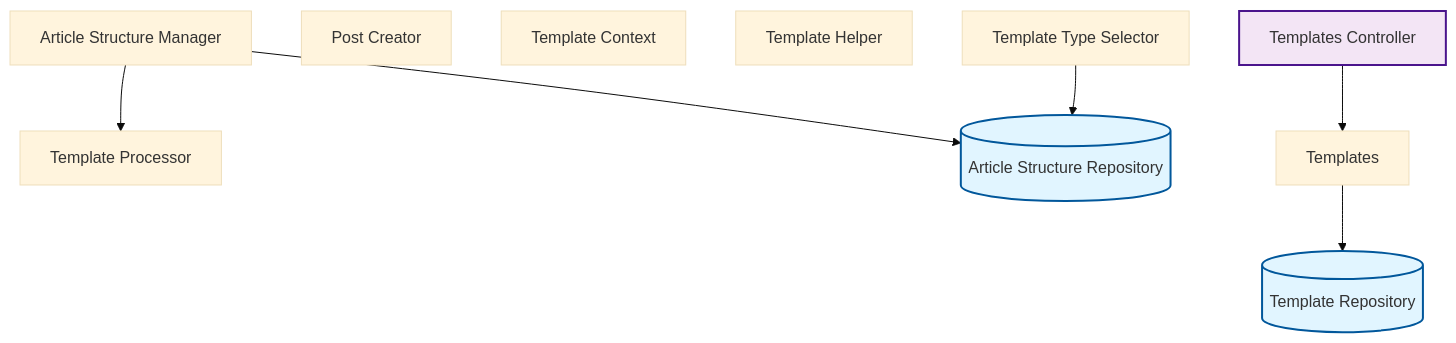
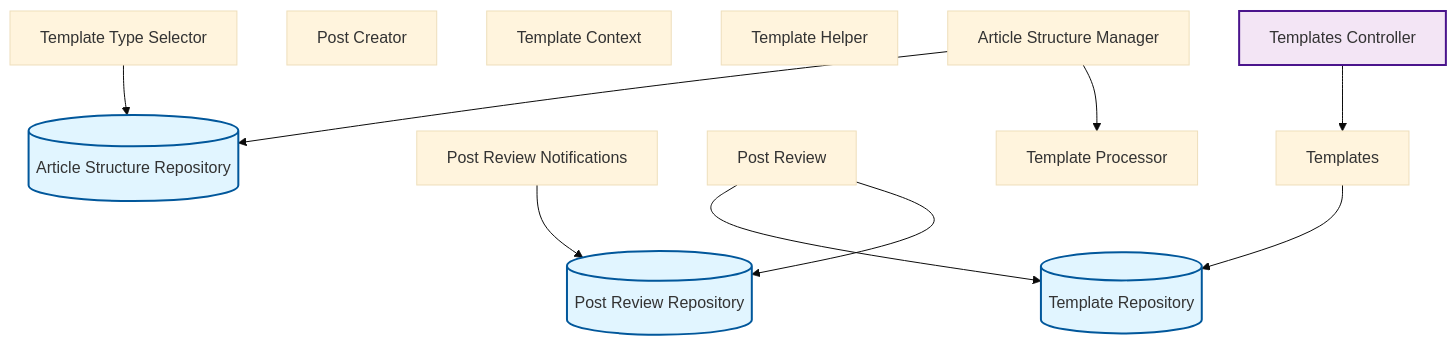
Before and after one commit to rpnunez/wp-ai-scheduler: the fourth of 10 diagrams in docs/feature-report.md, drawn with Mermaid (base theme). The commit also changed other lines of this file, not shown here.

````diff
--- a/docs/feature-report.md
+++ b/docs/feature-report.md
@@ -163,27 +166,33 @@
 ```mermaid
 flowchart TD
     %% Content Management Architecture
 
     Article_Structure_Manager["Article Structure Manager"]
     Article_Structure_Repository[("Article Structure Repository")]
     Post_Creator["Post Creator"]
+    Post_Review_Notifications["Post Review Notifications"]
+    Post_Review_Repository[("Post Review Repository")]
+    Post_Review["Post Review"]
     Template_Context["Template Context"]
     Template_Helper["Template Helper"]
     Template_Processor["Template Processor"]
     Template_Repository[("Template Repository")]
     Template_Type_Selector["Template Type Selector"]
     Templates_Controller["Templates Controller"]
     Templates["Templates"]
 
+    Article_Structure_Manager --> Article_Structure_Repository
     Article_Structure_Manager --> Template_Processor
-    Article_Structure_Manager --> Article_Structure_Repository
+    Post_Review_Notifications --> Post_Review_Repository
+    Post_Review --> Template_Repository
+    Post_Review --> Post_Review_Repository
     Template_Type_Selector --> Article_Structure_Repository
     Templates_Controller --> Templates
     Templates --> Template_Repository
 
     classDef repository fill:#e1f5ff,stroke:#01579b,stroke-width:2px
     classDef service fill:#fff3e0,stroke:#e65100,stroke-width:2px
     classDef controller fill:#f3e5f5,stroke:#4a148c,stroke-width:2px
-    class Article_Structure_Repository,Template_Repository repository
+    class Article_Structure_Repository,Post_Review_Repository,Template_Repository repository
     class Templates_Controller controller
 ```
````
